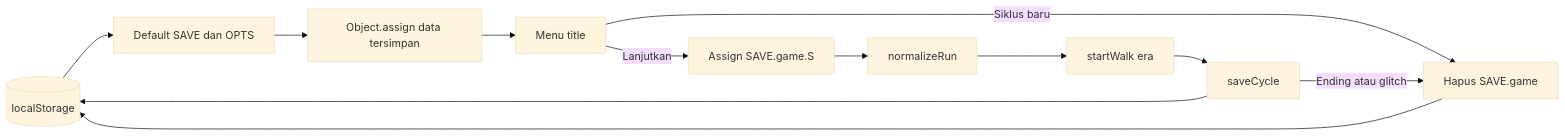
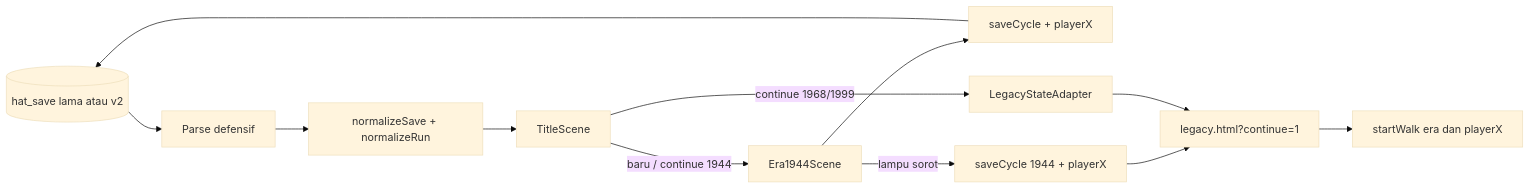
The third of 3 diagrams in docs/ARCHITECTURE.md (will702/hearts-across-time), drawn with Mermaid (base theme) before and after one commit. The commit also changed other lines of this file and 42 other files, not shown here.

````diff
--- a/docs/ARCHITECTURE.md
+++ b/docs/ARCHITECTURE.md
@@ -169,17 +133,14 @@
 ```mermaid
 flowchart LR
-    accTitle: Lifecycle Save Lokal
-    accDescr: Save permanen dan opsi dimuat dari localStorage, autosave siklus dibuat saat traversal, lalu Continue menormalisasi data lama sebelum memulai era tersimpan.
-
-    storage[(localStorage)] --> defaults[Default SAVE dan OPTS]
-    defaults --> merge[Object.assign data tersimpan]
-    merge --> title[Menu title]
-    title -->|Lanjutkan| restore[Assign SAVE.game.S]
-    restore --> normalize[normalizeRun]
-    normalize --> start_walk[startWalk era]
-    start_walk --> cycle_save[saveCycle]
-    cycle_save --> storage
-    title -->|Siklus baru| clear_cycle[Hapus SAVE.game]
-    clear_cycle --> storage
-    cycle_save -->|Ending atau glitch| clear_cycle
+    storage[(hat_save lama atau v2)] --> parse[Parse defensif]
+    parse --> normalize[normalizeSave + normalizeRun]
+    normalize --> title[TitleScene]
+    title -->|baru / continue 1944| era1944[Era1944Scene]
+    era1944 --> autosave[saveCycle + playerX]
+    autosave --> storage
+    era1944 -->|lampu sorot| handoff[saveCycle 1944 + playerX]
+    handoff --> legacyResume[legacy.html?continue=1]
+    legacyResume --> restoreLegacy[startWalk era dan playerX]
+    title -->|continue 1968/1999| adapter[LegacyStateAdapter]
+    adapter --> legacyResume
 ```
````
